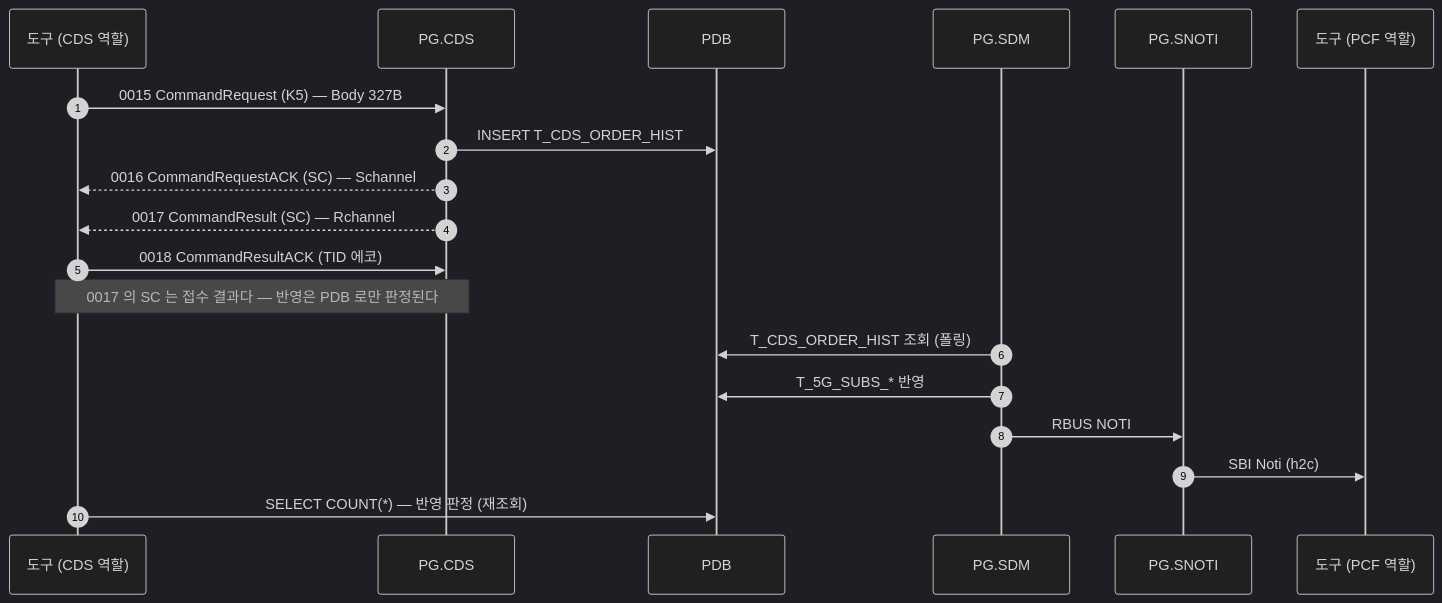
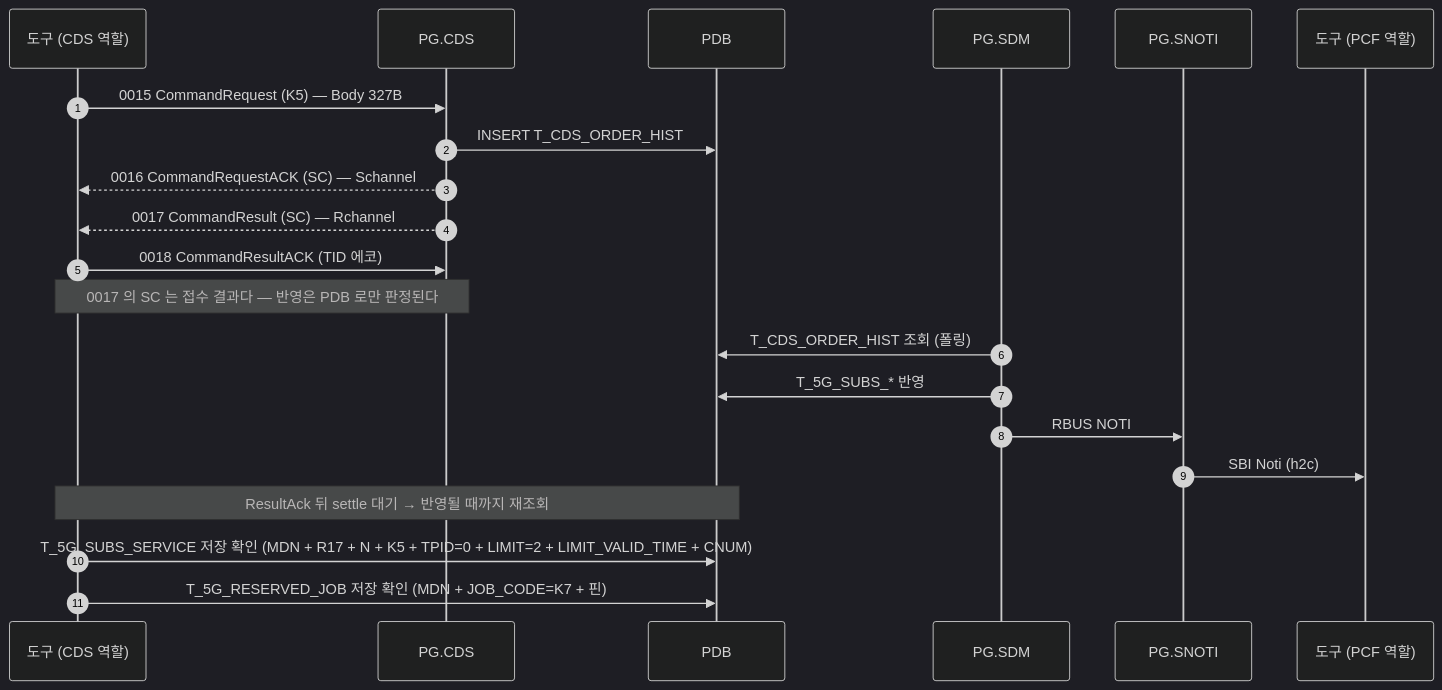
One commit to IanKim2030/tc4robot changed the diagram in docs/callflow/CDS_K5.md. Above: the diagram before and after it, drawn with Mermaid (dark theme). The commit also changed 18 other files, not shown here.

First line of the commit message:
docs: 콜플로우의 PDB 판정을 코드별 실제 조회로 바꾼다

````diff
--- a/docs/callflow/CDS_K5.md
+++ b/docs/callflow/CDS_K5.md
@@ -17,23 +17,25 @@
 ```mermaid
 sequenceDiagram
     autonumber
     participant TOOL as 도구 (CDS 역할)
     participant PCDS as PG.CDS
     participant PDB as PDB
     participant SDM as PG.SDM
     participant SNOTI as PG.SNOTI
     participant PCF as 도구 (PCF 역할)
 
     TOOL->>PCDS: 0015 CommandRequest (K5) — Body 327B
     PCDS->>PDB: INSERT T_CDS_ORDER_HIST
     PCDS-->>TOOL: 0016 CommandRequestACK (SC) — Schannel
     PCDS-->>TOOL: 0017 CommandResult (SC) — Rchannel
     TOOL->>PCDS: 0018 CommandResultACK (TID 에코)
     Note over TOOL,PCDS: 0017 의 SC 는 접수 결과다 — 반영은 PDB 로만 판정된다
 
     SDM->>PDB: T_CDS_ORDER_HIST 조회 (폴링)
     SDM->>PDB: T_5G_SUBS_* 반영
     SDM->>SNOTI: RBUS NOTI
     SNOTI->>PCF: SBI Noti (h2c)
-    TOOL->>PDB: SELECT COUNT(*) — 반영 판정 (재조회)
+    Note over TOOL,PDB: ResultAck 뒤 settle 대기 → 반영될 때까지 재조회
+    TOOL->>PDB: T_5G_SUBS_SERVICE 저장 확인 (MDN + R17 + N + K5 + TPID=0 + LIMIT=2 + LIMIT_VALID_TIME + CNUM)
+    TOOL->>PDB: T_5G_RESERVED_JOB 저장 확인 (MDN + JOB_CODE=K7 + 핀)
 ```
````
